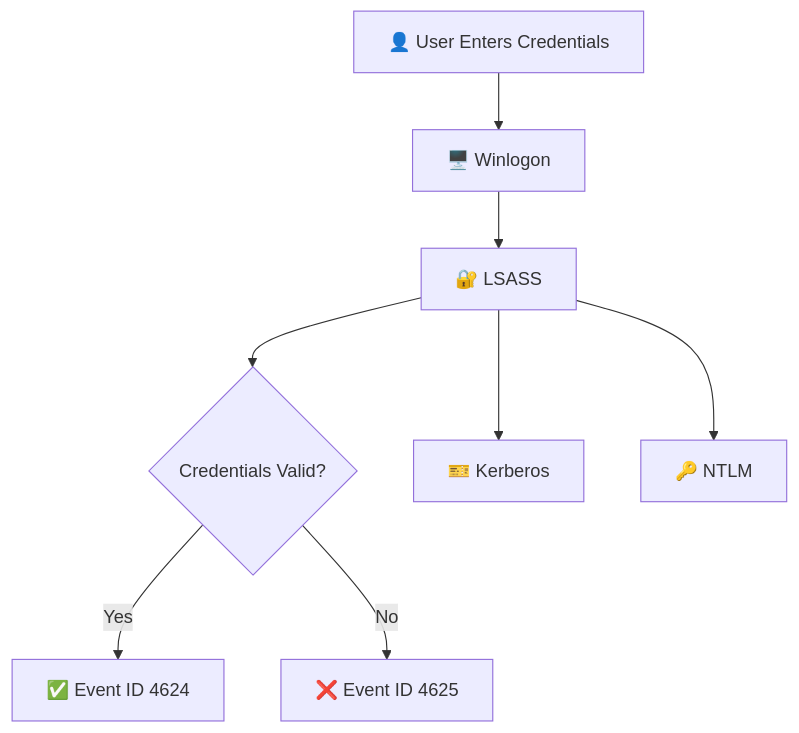
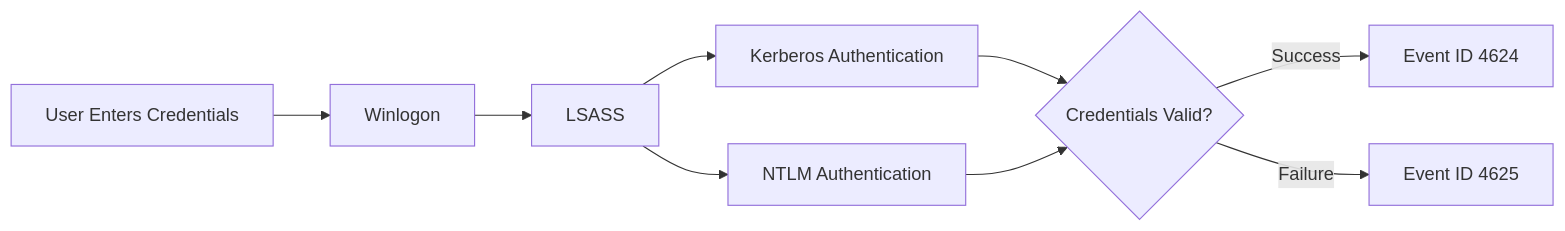
One commit to sadbattery/Windows-Event-IDs-Cheatsheet changed the third of 8 diagrams in docs/authentication.md. Above: the diagram before and after it, drawn with Mermaid. The commit also changed other lines of this file, not shown here.

````diff
--- a/docs/authentication.md
+++ b/docs/authentication.md
@@ -98,23 +211,20 @@
 ```mermaid
-flowchart TD
-    A[👤 User Enters Credentials]
-    B[🖥️ Winlogon]
-    C[🔐 LSASS]
-    D{Credentials Valid?}
+flowchart LR
 
-    E[✅ Event ID 4624]
-    F[❌ Event ID 4625]
+A[User Enters Credentials]
+--> B[Winlogon]
 
-    G[🎫 Kerberos]
-    H[🔑 NTLM]
+B --> C[LSASS]
 
-    A --> B
-    B --> C
-    C --> D
+C --> D[Kerberos Authentication]
 
-    D -->|Yes| E
-    D -->|No| F
+C --> E[NTLM Authentication]
 
-    C --> G
-    C --> H
+D --> F{Credentials Valid?}
+
+E --> F
+
+F -->|Success| G[Event ID 4624]
+
+F -->|Failure| H[Event ID 4625]
 ```
````
